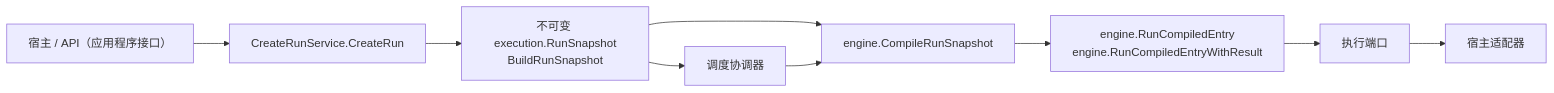
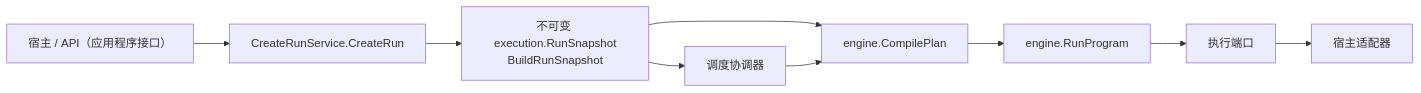
Before and after one commit to Capsule7446/healix-core: the diagram in docs/integration/public-contract.md, drawn with Mermaid. The commit also changed other lines of this file and 119 other files, not shown here.

````diff
--- a/docs/integration/public-contract.md
+++ b/docs/integration/public-contract.md
@@ -9,11 +9,11 @@
 ```mermaid
 flowchart LR
   Host[宿主 / API（应用程序接口）] --> Create[CreateRunService.CreateRun]
   Create --> Snapshot[不可变 execution.RunSnapshot<br/>BuildRunSnapshot]
   Snapshot --> Schedule[调度协调器]
-  Snapshot --> Compile[engine.CompileRunSnapshot]
+  Snapshot --> Compile[engine.CompilePlan]
   Schedule --> Compile
-  Compile --> Run[engine.RunCompiledEntry<br/>engine.RunCompiledEntryWithResult]
+  Compile --> Run[engine.RunProgram]
   Run --> Ports[执行端口]
   Ports --> Adapters[宿主适配器]
 ```
````
